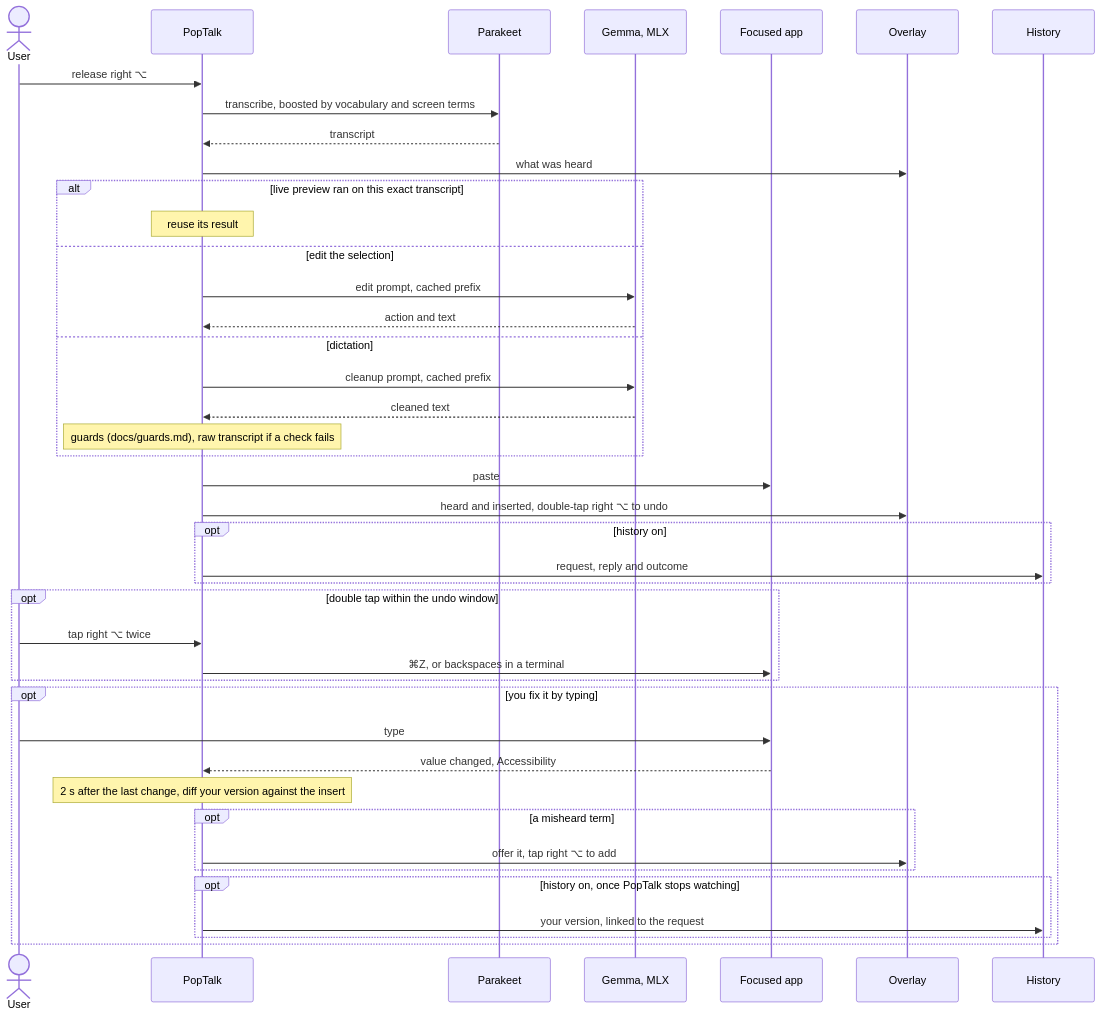
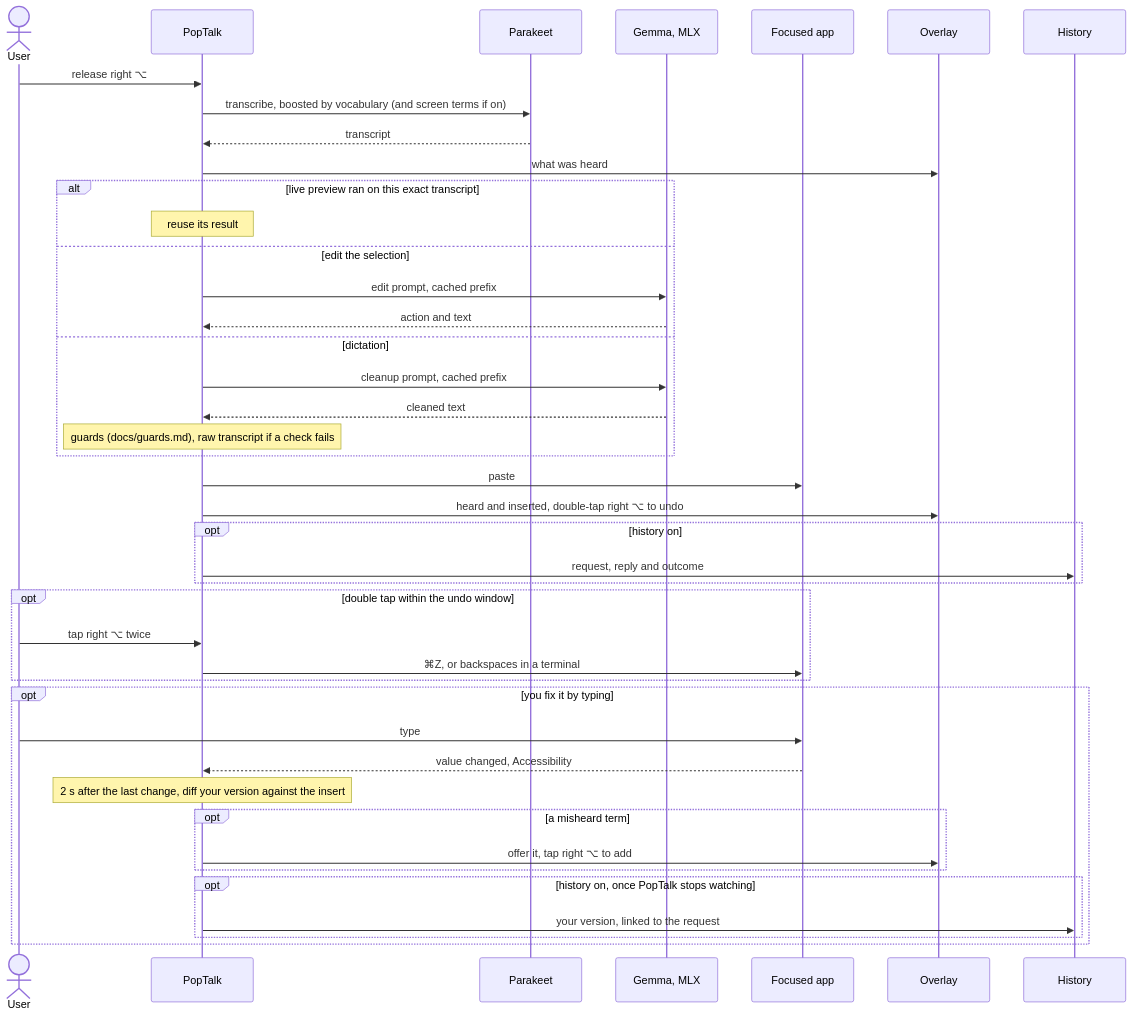
Before and after one commit to thirteen37/PopTalk: the fourth of 4 diagrams in docs/how-it-works.md, drawn with Mermaid. The commit also changed other lines of this file and 8 other files, not shown here.

````diff
--- a/docs/how-it-works.md
+++ b/docs/how-it-works.md
@@ -138,45 +138,45 @@
 ```mermaid
 sequenceDiagram
     actor User
     participant App as PopTalk
     participant ASR as Parakeet
     participant LLM as Gemma, MLX
     participant Field as Focused app
     participant Overlay
     participant History
 
     User->>App: release right ⌥
-    App->>ASR: transcribe, boosted by vocabulary and screen terms
+    App->>ASR: transcribe, boosted by vocabulary (and screen terms if on)
     ASR-->>App: transcript
     App->>Overlay: what was heard
     alt live preview ran on this exact transcript
         Note over App: reuse its result
     else edit the selection
         App->>LLM: edit prompt, cached prefix
         LLM-->>App: action and text
     else dictation
         App->>LLM: cleanup prompt, cached prefix
         LLM-->>App: cleaned text
         Note over App: guards (docs/guards.md), raw transcript if a check fails
     end
     App->>Field: paste
     App->>Overlay: heard and inserted, double-tap right ⌥ to undo
     opt history on
         App->>History: request, reply and outcome
     end
     opt double tap within the undo window
         User->>App: tap right ⌥ twice
         App->>Field: ⌘Z, or backspaces in a terminal
     end
     opt you fix it by typing
         User->>Field: type
         Field-->>App: value changed, Accessibility
         Note over App: 2 s after the last change, diff your version against the insert
         opt a misheard term
             App->>Overlay: offer it, tap right ⌥ to add
         end
         opt history on, once PopTalk stops watching
             App->>History: your version, linked to the request
         end
     end
 ```
````
